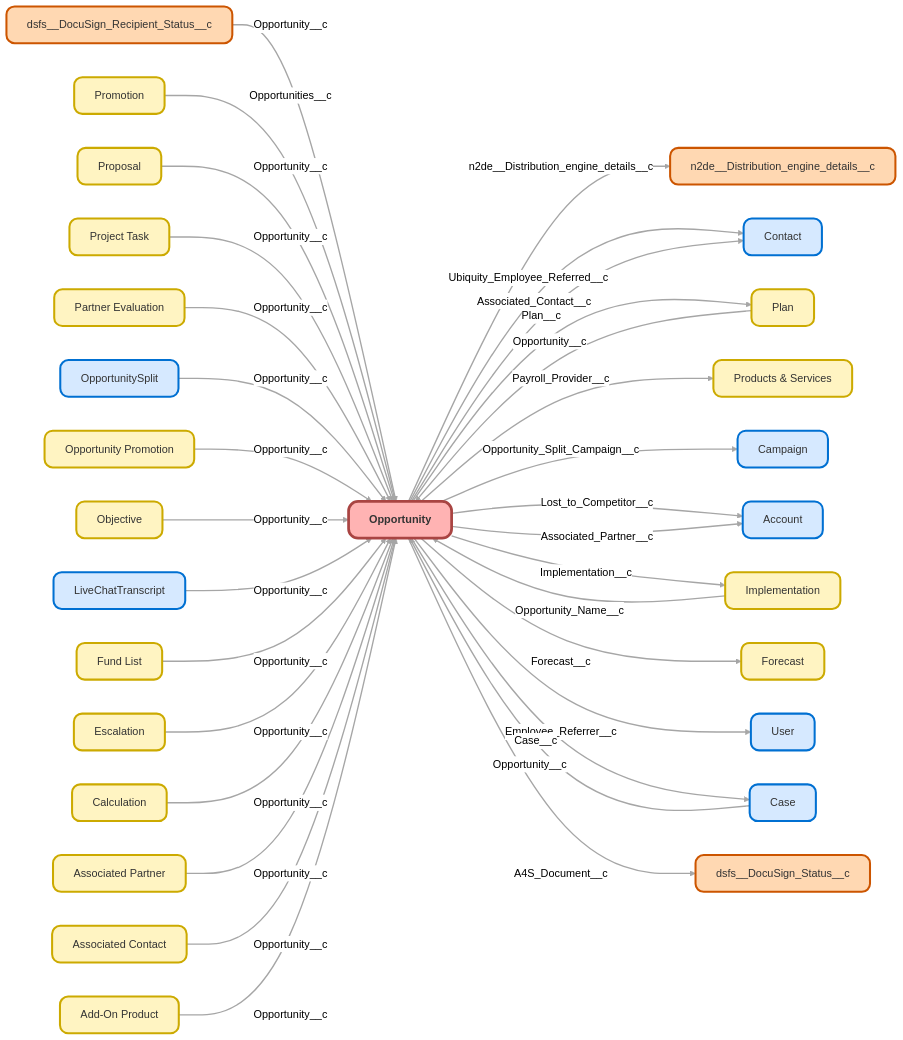
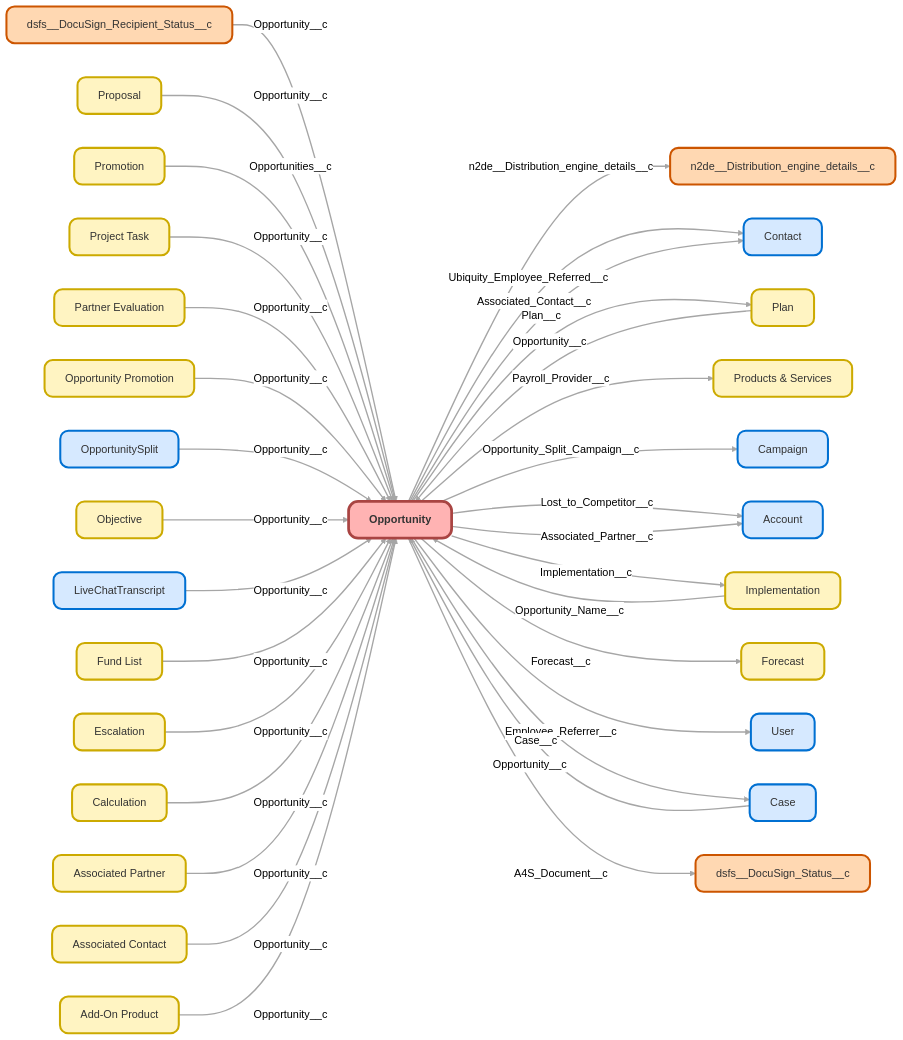
Before and after one commit to moechapa/ubiquity-org-monitoring: the diagram in docs/objects/Opportunity.md, drawn with Mermaid (neutral theme). The commit also changed other lines of this file and 46 other files, not shown here.

````diff
--- a/docs/objects/Opportunity.md
+++ b/docs/objects/Opportunity.md
@@ -12,17 +12,17 @@
 ```mermaid
 graph LR
+dsfs__DocuSign_Recipient_Status__c["dsfs__DocuSign_Recipient_Status__c"]:::customObjectManaged
+click dsfs__DocuSign_Recipient_Status__c "/objects/dsfs__DocuSign_Recipient_Status__c/"
 dsfs__DocuSign_Status__c["dsfs__DocuSign_Status__c"]:::customObjectManaged
 click dsfs__DocuSign_Status__c "/objects/dsfs__DocuSign_Status__c/"
-dsfs__DocuSign_Recipient_Status__c["dsfs__DocuSign_Recipient_Status__c"]:::customObjectManaged
-click dsfs__DocuSign_Recipient_Status__c "/objects/dsfs__DocuSign_Recipient_Status__c/"
 User["User"]:::object
 click User "/objects/User/"
+Proposal__c["Proposal"]:::customObject
+click Proposal__c "/objects/Proposal__c/"
 Promotions__c["Promotion"]:::customObject
 click Promotions__c "/objects/Promotions__c/"
 Project_Task__c["Project Task"]:::customObject
 click Project_Task__c "/objects/Project_Task__c/"
-Proposal__c["Proposal"]:::customObject
-click Proposal__c "/objects/Proposal__c/"
 Products_Services__c["Products & Services"]:::customObject
 click Products_Services__c "/objects/Products_Services__c/"
 Plan__c["Plan"]:::customObject
@@ -66,13 +66,13 @@
 n2de__Distribution_engine_details__c["n2de__Distribution_engine_details__c"]:::customObjectManaged
 
 dsfs__DocuSign_Recipient_Status__c -->|Opportunity__c| Opportunity
+Proposal__c -->|Opportunity__c| Opportunity
 Promotions__c -->|Opportunities__c| Opportunity
-Proposal__c -->|Opportunity__c| Opportunity
 Project_Task__c -->|Opportunity__c| Opportunity
 Plan__c -->|Opportunity__c| Opportunity
 Partner_Evaluation__c -->|Opportunity__c| Opportunity
+Opportunity_Promotion__c -->|Opportunity__c| Opportunity
 OpportunitySplit -->|Opportunity__c| Opportunity
-Opportunity_Promotion__c -->|Opportunity__c| Opportunity
 Opportunity -->|n2de__Distribution_engine_details__c| n2de__Distribution_engine_details__c
 Opportunity -->|Ubiquity_Employee_Referred__c| Contact
 Opportunity -->|Plan__c| Plan__c
````
